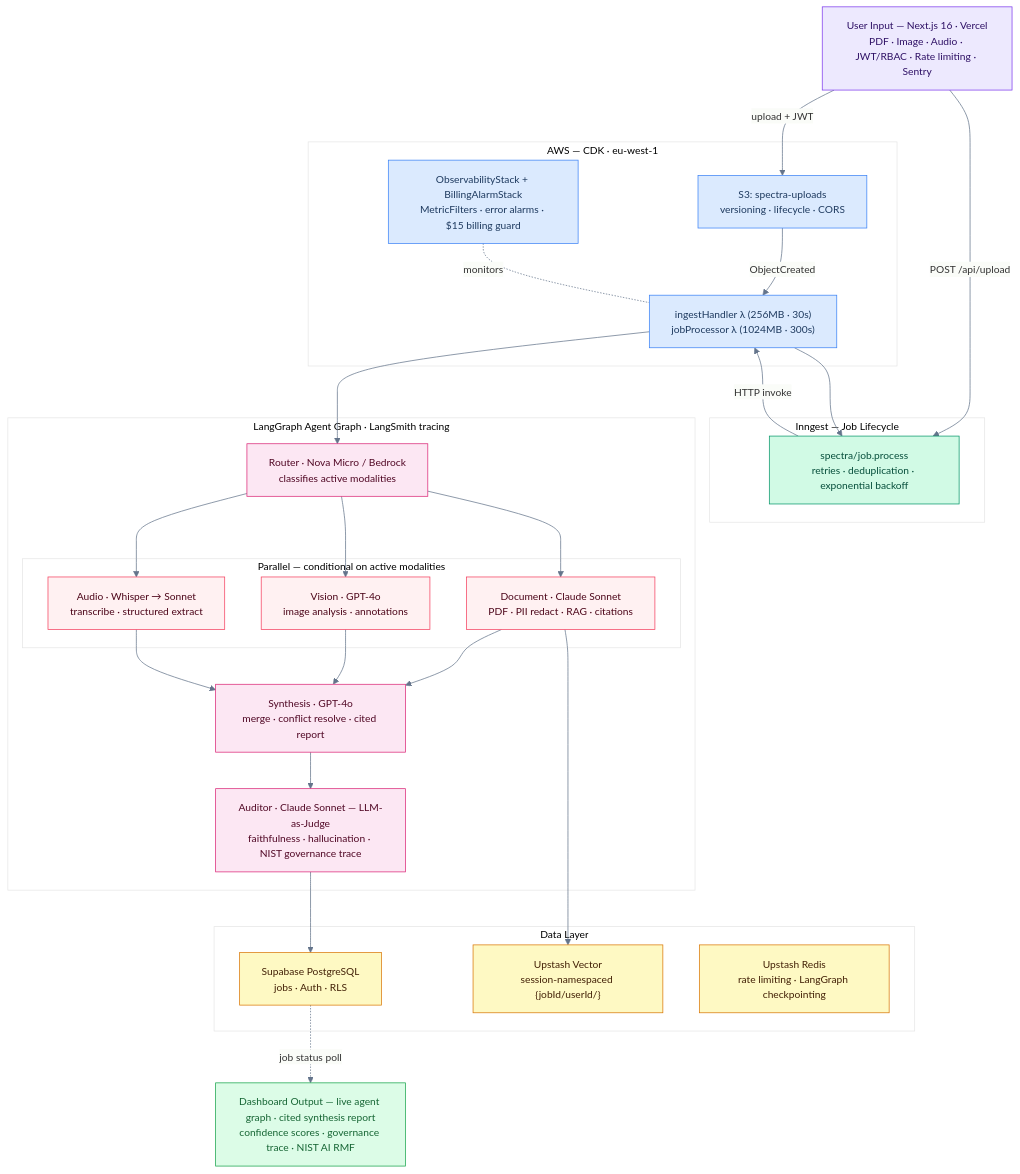
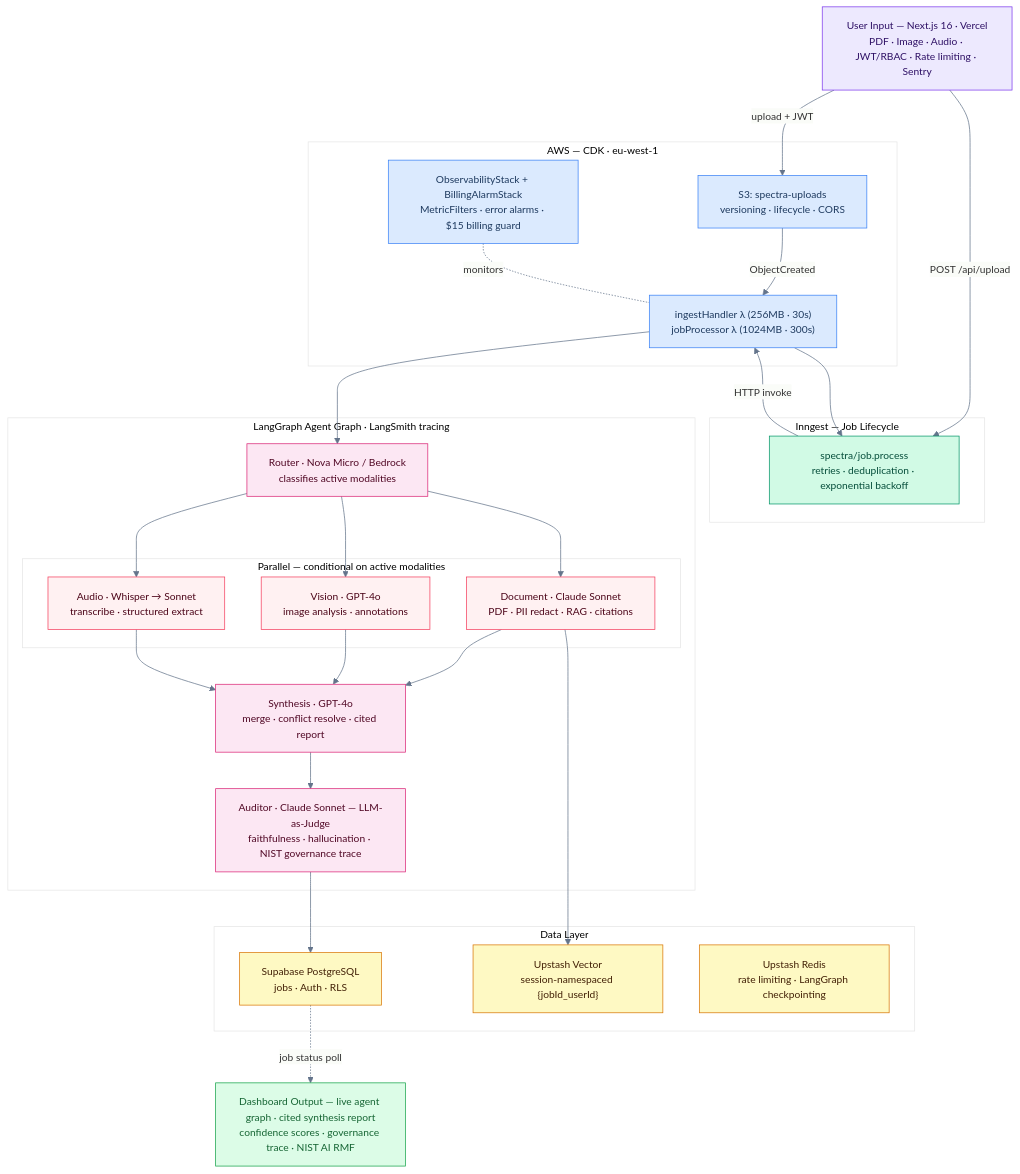
Before and after one commit to GeorgianaAI/spectra-ai: the first of 6 diagrams in docs/ARCHITECTURE_FLOWS.md, drawn with Mermaid. The commit also changed other lines of this file and 1 other file, not shown here.

Commit message:
docs: update README and architecture flows for history, PDF export, and namespace fix

````diff
--- a/docs/ARCHITECTURE_FLOWS.md
+++ b/docs/ARCHITECTURE_FLOWS.md
@@ -36,56 +36,56 @@
 ```mermaid
 %%{init: {'theme': 'base', 'themeVariables': {'primaryColor': '#f8fafc', 'primaryBorderColor': '#94a3b8', 'lineColor': '#64748b', 'fontSize': '14px'}}}%%
 flowchart TD
     classDef ui     fill:#ede9fe,stroke:#7c3aed,color:#2e1065
     classDef job    fill:#d1fae5,stroke:#059669,color:#064e3b
     classDef aws    fill:#dbeafe,stroke:#3b82f6,color:#1e3a5f
     classDef agent  fill:#fce7f3,stroke:#db2777,color:#500724
     classDef para   fill:#fff1f2,stroke:#f43f5e,color:#4c0519
     classDef data   fill:#fef9c3,stroke:#d97706,color:#422006
     classDef out    fill:#dcfce7,stroke:#16a34a,color:#166534
 
     USER["User Input — Next.js 16 · Vercel\nPDF · Image · Audio · JWT/RBAC · Rate limiting · Sentry"]:::ui
 
     subgraph JOBS ["Inngest — Job Lifecycle"]
         INN["spectra/job.process\nretries · deduplication · exponential backoff"]:::job
     end
 
     subgraph INFRA ["AWS — CDK · eu-west-1"]
         S3["S3: spectra-uploads\nversioning · lifecycle · CORS"]:::aws
         LMB["ingestHandler λ (256MB · 30s)\njobProcessor λ (1024MB · 300s)"]:::aws
         MON["ObservabilityStack + BillingAlarmStack\nMetricFilters · error alarms · $15 billing guard"]:::aws
     end
 
     subgraph GRAPH ["LangGraph Agent Graph · LangSmith tracing"]
         ROUTER["Router · Nova Micro / Bedrock\nclassifies active modalities"]:::agent
         subgraph PAR ["Parallel — conditional on active modalities"]
             DOC["Document · Claude Sonnet\nPDF · PII redact · RAG · citations"]:::para
             VIS["Vision · GPT-4o\nimage analysis · annotations"]:::para
             AUD["Audio · Whisper → Sonnet\ntranscribe · structured extract"]:::para
         end
         SYN["Synthesis · GPT-4o\nmerge · conflict resolve · cited report"]:::agent
         AUDIT["Auditor · Claude Sonnet — LLM-as-Judge\nfaithfulness · hallucination · NIST governance trace"]:::agent
     end
 
     subgraph DATA ["Data Layer"]
         DB["Supabase PostgreSQL\njobs · Auth · RLS"]:::data
-        VEC["Upstash Vector\nsession-namespaced {jobId/userId/}"]:::data
+        VEC["Upstash Vector\nsession-namespaced {jobId_userId}"]:::data
         RDB["Upstash Redis\nrate limiting · LangGraph checkpointing"]:::data
     end
 
     DASH["Dashboard Output — live agent graph · cited synthesis report\nconfidence scores · governance trace · NIST AI RMF"]:::out
 
     USER -->|"upload + JWT"| S3
     USER -->|"POST /api/upload"| INN
     S3 -->|ObjectCreated| LMB
     LMB --> INN
     INN -->|"HTTP invoke"| LMB
     LMB --> ROUTER
     ROUTER --> DOC & VIS & AUD
     DOC --> VEC
     DOC & VIS & AUD --> SYN
     SYN --> AUDIT
     AUDIT --> DB
     MON -.-|monitors| LMB
     DB -.->|"job status poll"| DASH
 ```
````
